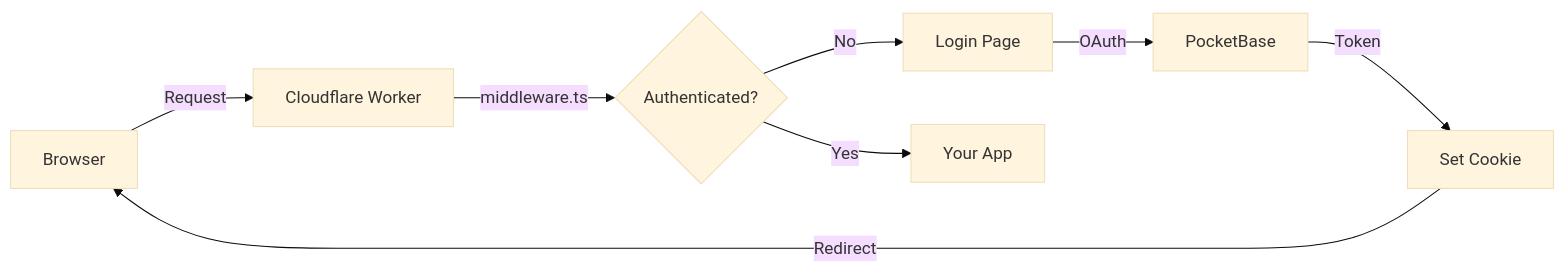
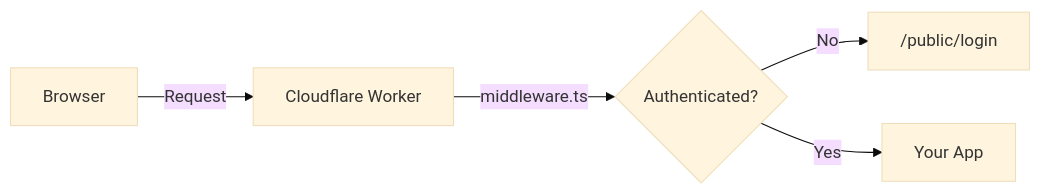
One commit to levino/pocketbase-auth changed the diagram in demos/astro/README.md. Above: the diagram before and after it, drawn with Mermaid (base theme). The commit also changed other lines of this file and 58 other files, not shown here.

````diff
--- a/demos/astro/README.md
+++ b/demos/astro/README.md
@@ -7,10 +5,7 @@
 ```mermaid
 graph LR
     Browser -->|Request| CF["Cloudflare Worker"]
     CF -->|middleware.ts| Auth{"Authenticated?"}
-    Auth -->|No| Login["Login Page"]
+    Auth -->|No| Login["/public/login"]
     Auth -->|Yes| App["Your App"]
-    Login -->|OAuth| PB["PocketBase"]
-    PB -->|Token| Cookie["Set Cookie"]
-    Cookie -->|Redirect| Browser
 ```
````
